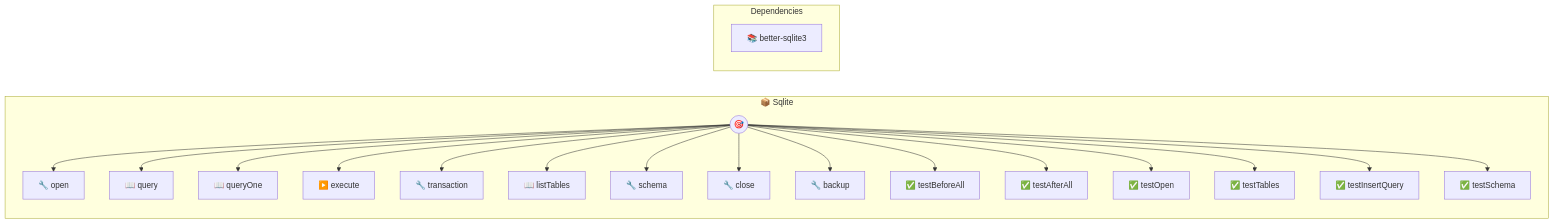
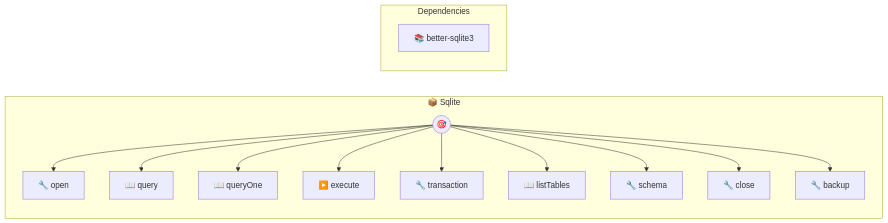
One commit to portel-dev/photons changed the diagram in sqlite.md. Above: the diagram before and after it, drawn with Mermaid. The commit also changed other lines of this file and 34 other files, not shown here.

````diff
--- a/sqlite.md
+++ b/sqlite.md
@@ -230,42 +164,30 @@
 ```mermaid
 flowchart LR
     subgraph sqlite["📦 Sqlite"]
         direction TB
         PHOTON((🎯))
         T0[🔧 open]
         PHOTON --> T0
         T1[📖 query]
         PHOTON --> T1
         T2[📖 queryOne]
         PHOTON --> T2
         T3[▶️ execute]
         PHOTON --> T3
         T4[🔧 transaction]
         PHOTON --> T4
         T5[📖 listTables]
         PHOTON --> T5
         T6[🔧 schema]
         PHOTON --> T6
         T7[🔧 close]
         PHOTON --> T7
         T8[🔧 backup]
         PHOTON --> T8
-        T9[✅ testBeforeAll]
-        PHOTON --> T9
-        T10[✅ testAfterAll]
-        PHOTON --> T10
-        T11[✅ testOpen]
-        PHOTON --> T11
-        T12[✅ testTables]
-        PHOTON --> T12
-        T13[✅ testInsertQuery]
-        PHOTON --> T13
-        T14[✅ testSchema]
-        PHOTON --> T14
     end
 
     subgraph deps["Dependencies"]
         direction TB
         NPM0[📚 better-sqlite3]
     end
 ```
````
